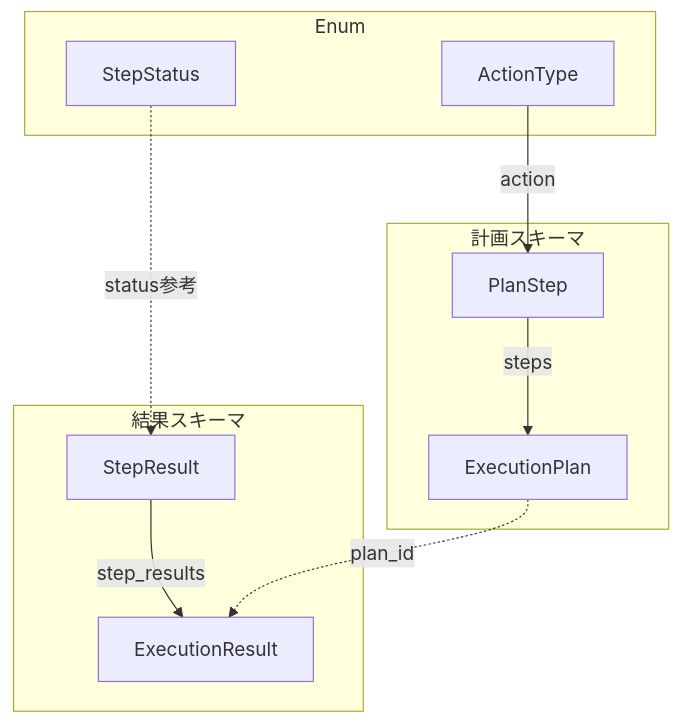
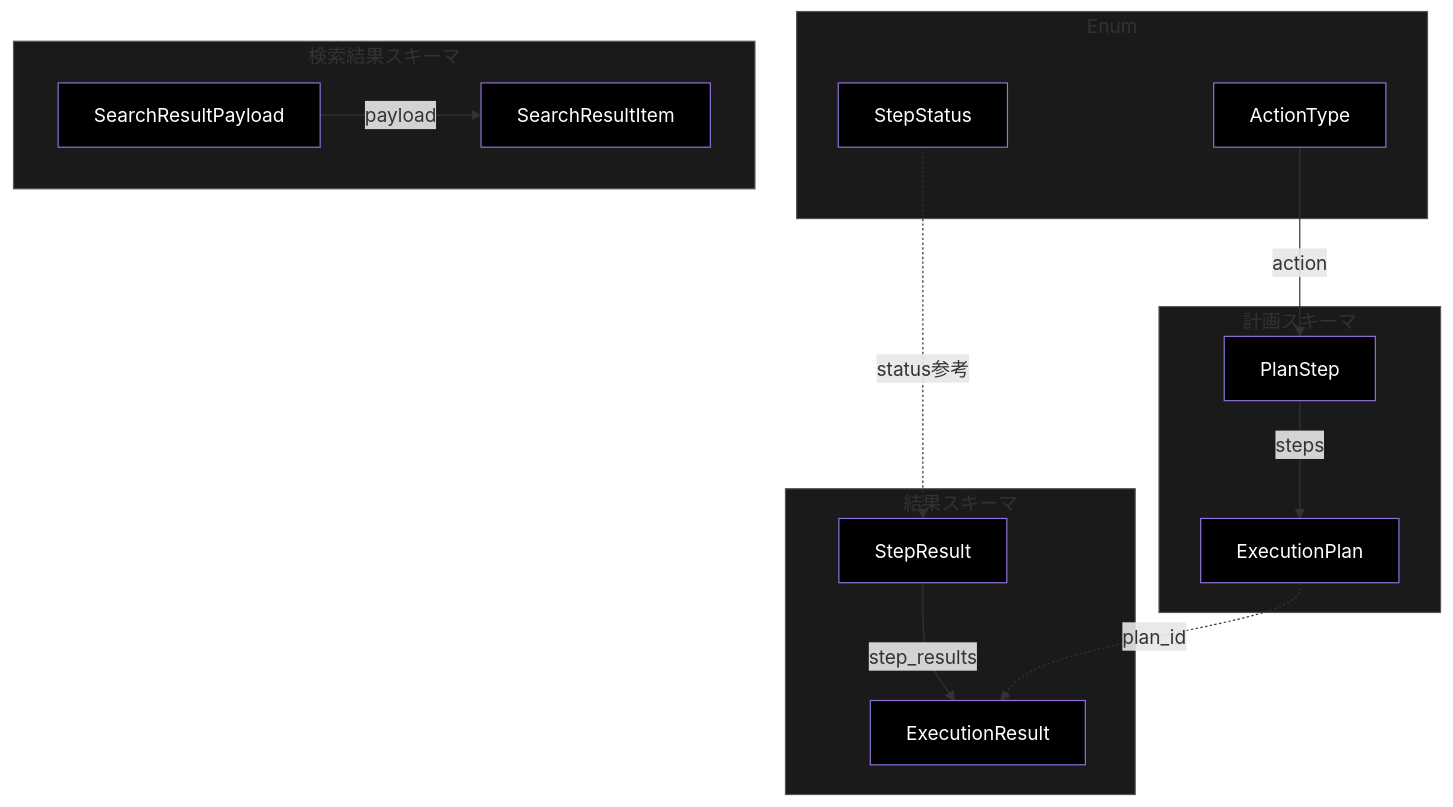
The fourth of 4 diagrams in grace/doc/schemas.md (nakashima2toshio/anthropic_grace_agent), drawn with Mermaid before and after one commit. The commit also changed other lines of this file and 18 other files, not shown here.

````diff
--- a/grace/doc/schemas.md
+++ b/grace/doc/schemas.md
@@ -917,23 +1115,42 @@
 ```mermaid
 flowchart TB
     subgraph ENUMS["Enum"]
         AT[ActionType]
         SS[StepStatus]
     end
 
     subgraph PLAN["計画スキーマ"]
         PS[PlanStep]
         EP[ExecutionPlan]
     end
 
     subgraph RESULT["結果スキーマ"]
         SR[StepResult]
         ER[ExecutionResult]
     end
 
+    subgraph SEARCH["検索結果スキーマ"]
+        SRP[SearchResultPayload]
+        SRI[SearchResultItem]
+    end
+
     AT -->|action| PS
     PS -->|steps| EP
     SS -.->|status参考| SR
     SR -->|step_results| ER
     EP -.->|plan_id| ER
+    SRP -->|payload| SRI
+
+    style AT fill:#000,color:#fff
+    style SS fill:#000,color:#fff
+    style PS fill:#000,color:#fff
+    style EP fill:#000,color:#fff
+    style SR fill:#000,color:#fff
+    style ER fill:#000,color:#fff
+    style SRP fill:#000,color:#fff
+    style SRI fill:#000,color:#fff
+    style ENUMS fill:#1a1a1a,stroke:#555
+    style PLAN fill:#1a1a1a,stroke:#555
+    style RESULT fill:#1a1a1a,stroke:#555
+    style SEARCH fill:#1a1a1a,stroke:#555
 ```
````
